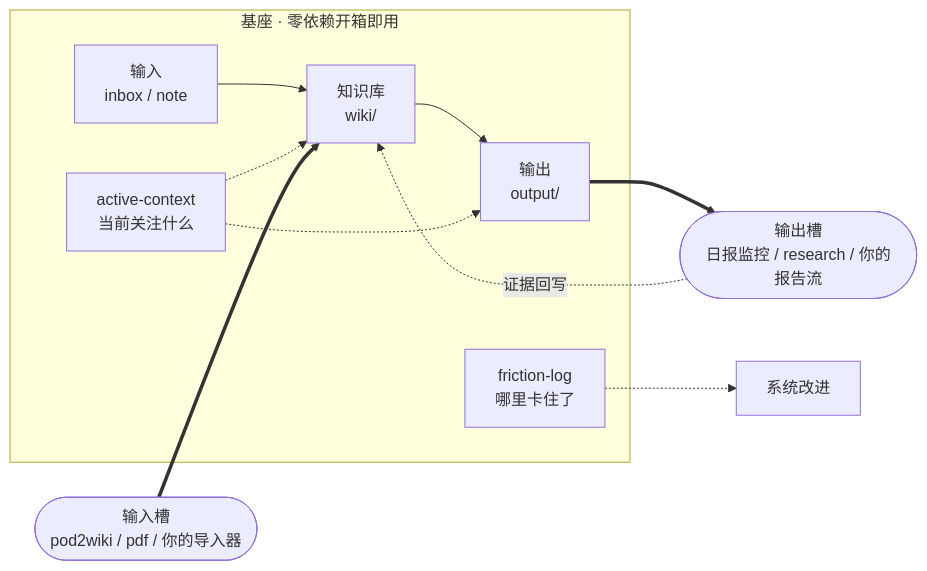
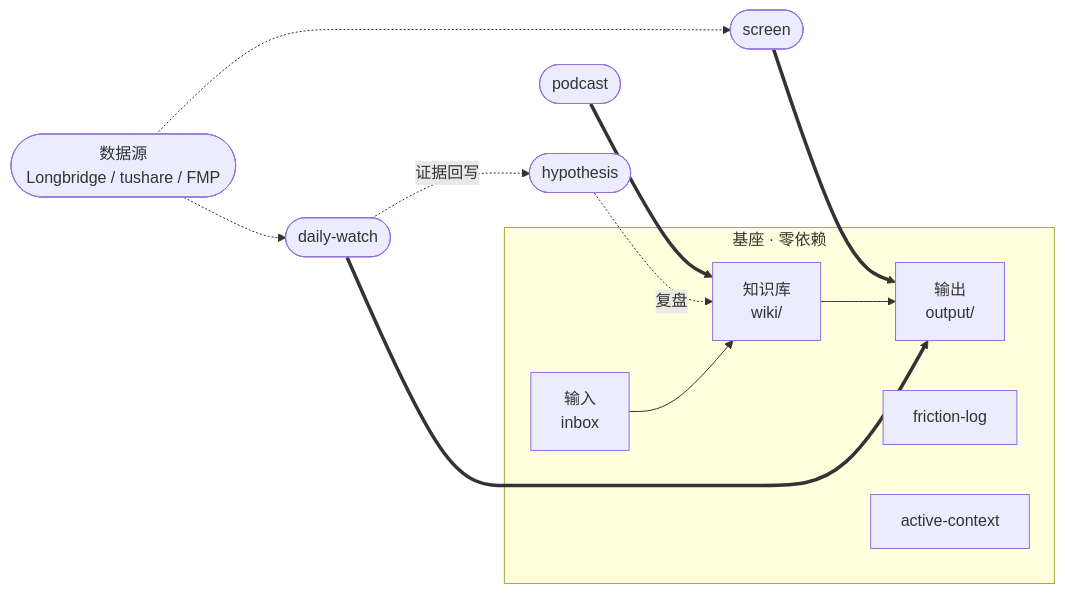
Before and after one commit to Benboerba620/ai-workspace-hub: the diagram in README.md, drawn with Mermaid. The commit also changed other lines of this file and 56 other files, not shown here.

````diff
--- a/README.md
+++ b/README.md
@@ -115,16 +79,17 @@
 ```mermaid
 flowchart LR
-    subgraph BASE[基座 · 零依赖开箱即用]
-      IN[输入<br/>inbox / note] --> KB[知识库<br/>wiki/]
+    subgraph BASE[基座 · 零依赖]
+      IN[输入<br/>inbox] --> KB[知识库<br/>wiki/]
       KB --> OUT[输出<br/>output/]
-      FL[friction-log<br/>哪里卡住了]
-      AC[active-context<br/>当前关注什么]
+      FL[friction-log]
+      AC[active-context]
     end
-    AC -.-> KB
-    AC -.-> OUT
-    FL -.-> SYS[系统改进]
 
-    INSLOT([输入槽<br/>pod2wiki / pdf / 你的导入器]) ==> KB
-    OUT ==> OUTSLOT([输出槽<br/>日报监控 / research / 你的报告流])
-    OUTSLOT -. 证据回写 .-> KB
+    POD([podcast]) ==> KB
+    DW([daily-watch]) ==> OUT
+    SCR([screen]) ==> OUT
+    DW -. 证据回写 .-> HYP([hypothesis])
+    HYP -. 复盘 .-> KB
+    DATA([数据源<br/>Longbridge / tushare / FMP]) -.-> DW
+    DATA -.-> SCR
 ```
````
